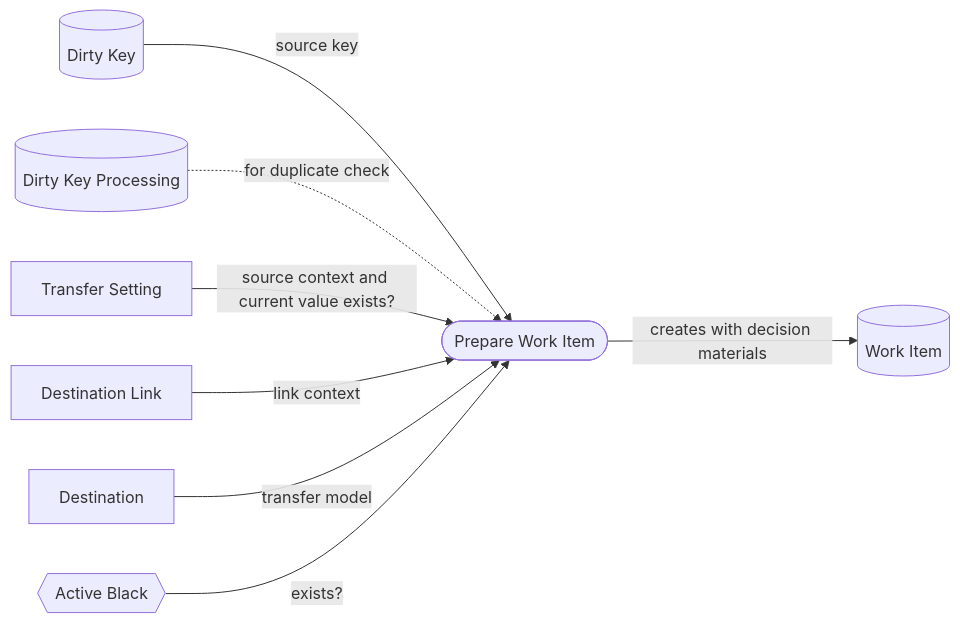
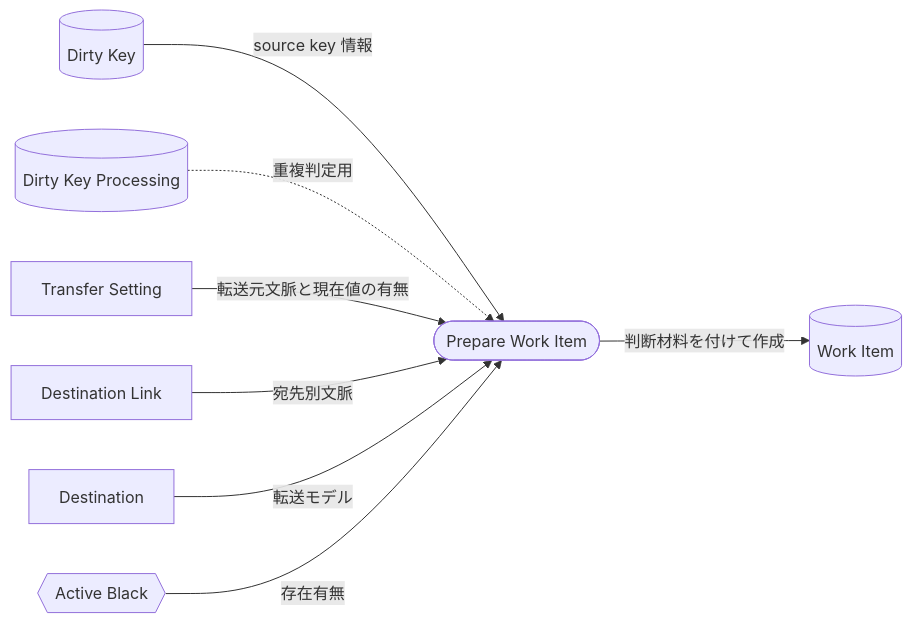
One commit to mk3008/rawsql-ts changed the fourth of 9 diagrams in packages/transfer/docs/processes/transfer-execution-process.md. Above: the diagram before and after it, drawn with Mermaid. The commit also changed other lines of this file and 70 other files, not shown here.

````diff
--- a/packages/transfer/docs/processes/transfer-execution-process.md
+++ b/packages/transfer/docs/processes/transfer-execution-process.md
@@ -90,19 +72,19 @@
 ```mermaid
 flowchart LR
   DirtyKey[("Dirty Key")]
   DirtyKeyProcessing[("Dirty Key Processing")]
   TransferSetting["Transfer Setting"]
   DestinationLink["Destination Link"]
   Destination["Destination"]
   ActiveBlack{{"Active Black"}}
   WorkItem[("Work Item")]
   PrepareWorkItem(["Prepare Work Item"])
 
-  DirtyKey -->|"source key"| PrepareWorkItem
-  DirtyKeyProcessing -. "for duplicate check" .-> PrepareWorkItem
-  TransferSetting -->|"source context and current value exists?"| PrepareWorkItem
-  DestinationLink -->|"link context"| PrepareWorkItem
-  Destination -->|"transfer model"| PrepareWorkItem
-  ActiveBlack -->|"exists?"| PrepareWorkItem
-  PrepareWorkItem -->|"creates with decision materials"| WorkItem
+  DirtyKey -->|"source key 情報"| PrepareWorkItem
+  DirtyKeyProcessing -. "重複判定用" .-> PrepareWorkItem
+  TransferSetting -->|"転送元文脈と現在値の有無"| PrepareWorkItem
+  DestinationLink -->|"宛先別文脈"| PrepareWorkItem
+  Destination -->|"転送モデル"| PrepareWorkItem
+  ActiveBlack -->|"存在有無"| PrepareWorkItem
+  PrepareWorkItem -->|"判断材料を付けて作成"| WorkItem
 ```
````
